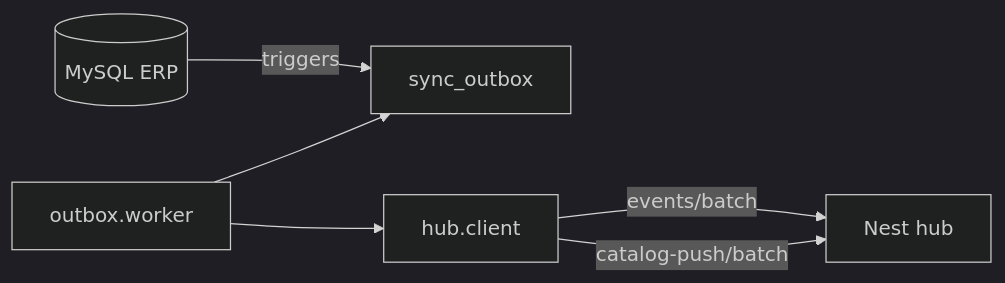
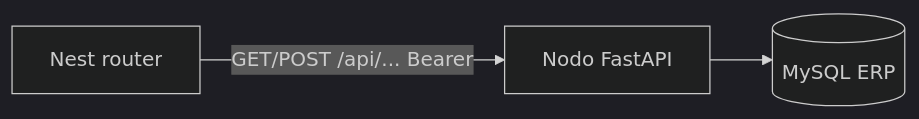
The diagram in docs/arquitectura-python.md (elireypcmail/router_nodos), drawn with Mermaid (dark theme) before and after one commit. The commit also changed other lines of this file and 4 other files, not shown here.

````diff
--- a/docs/arquitectura-python.md
+++ b/docs/arquitectura-python.md
@@ -62,14 +62,9 @@
 ```mermaid
 flowchart LR
   ERP[(MySQL ERP)]
-  OB[sync_outbox]
-  OW[outbox.worker]
-  HC[hub.client]
-  HUB[Nest hub]
+  NODO[Nodo FastAPI]
+  ROUTER[Nest router]
 
-  ERP -->|triggers| OB
-  OW --> OB
-  OW --> HC
-  HC -->|events/batch| HUB
-  HC -->|catalog-push/batch| HUB
+  ROUTER -->|GET/POST /api/... Bearer| NODO
+  NODO --> ERP
 ```
````
